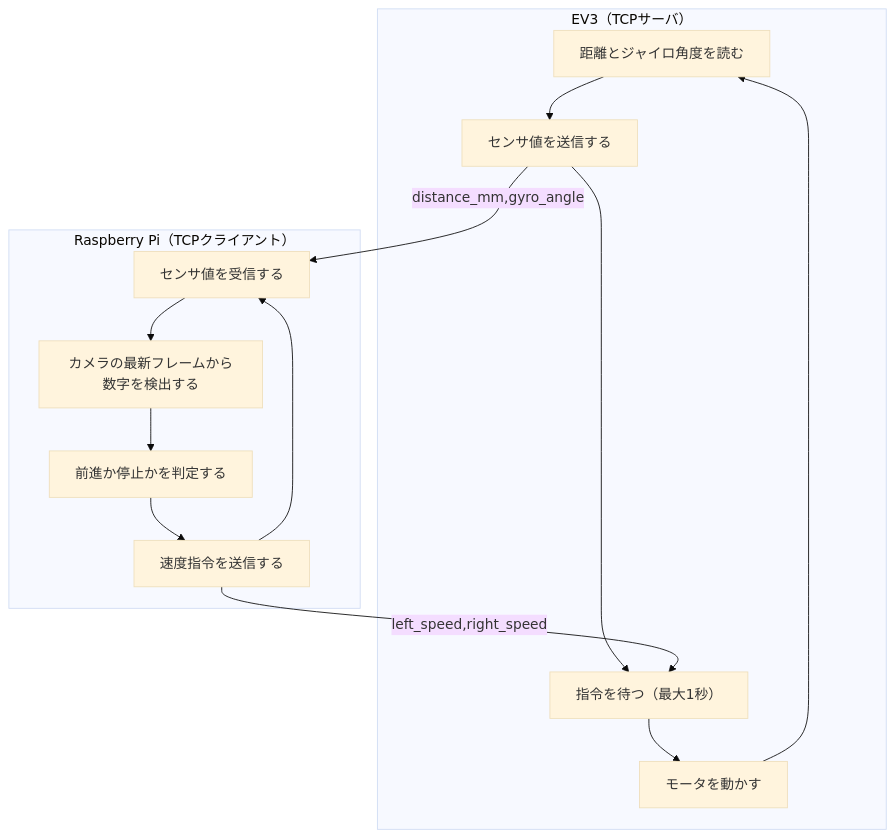
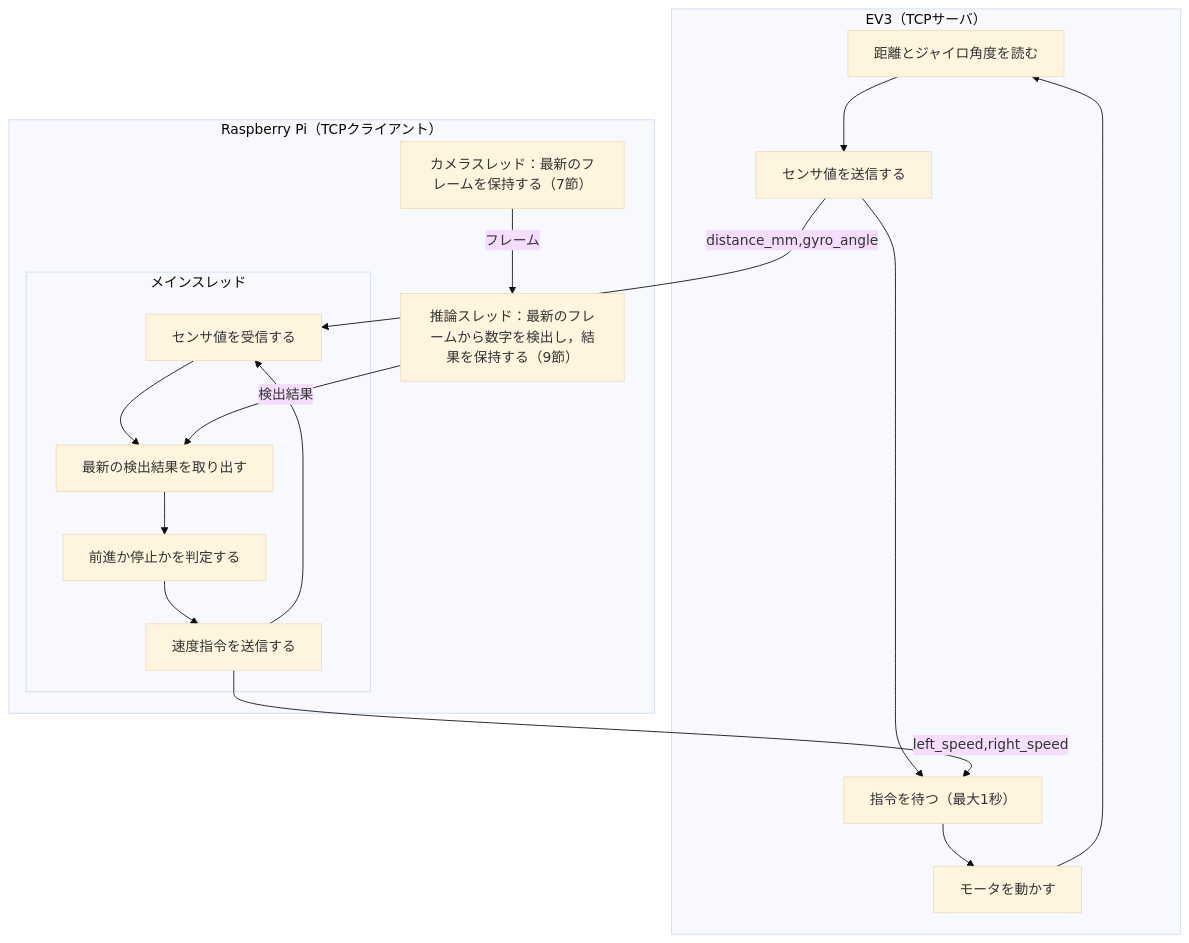
One commit to kurumasora/ev3 changed the first of 9 diagrams in docs/flowchart/flowchart.md. Above: the diagram before and after it, drawn with Mermaid (base theme). The commit also changed other lines of this file, not shown here.

Commit message:
update flowchart

````diff
--- a/docs/flowchart/flowchart.md
+++ b/docs/flowchart/flowchart.md
@@ -24,21 +25,27 @@
 ```mermaid
 flowchart TD
     subgraph EV3["EV3（TCPサーバ）"]
         E1["距離とジャイロ角度を読む"]
         E2["センサ値を送信する"]
         E3["指令を待つ（最大1秒）"]
         E4["モータを動かす"]
         E1 --> E2 --> E3 --> E4 --> E1
     end
 
     subgraph Pi["Raspberry Pi（TCPクライアント）"]
-        P1["センサ値を受信する"]
-        P2["カメラの最新フレームから数字を検出する"]
-        P3["前進か停止かを判定する"]
-        P4["速度指令を送信する"]
-        P1 --> P2 --> P3 --> P4 --> P1
+        subgraph Main["メインスレッド"]
+            P1["センサ値を受信する"]
+            P2["最新の検出結果を取り出す"]
+            P3["前進か停止かを判定する"]
+            P4["速度指令を送信する"]
+            P1 --> P2 --> P3 --> P4 --> P1
+        end
+        C1["カメラスレッド：最新のフレームを保持する（7節）"]
+        W1["推論スレッド：最新のフレームから数字を検出し，結果を保持する（9節）"]
+        C1 -- "フレーム" --> W1
+        W1 -- "検出結果" --> P2
     end
 
     E2 -- "distance_mm,gyro_angle" --> P1
     P4 -- "left_speed,right_speed" --> E3
 ```
````
